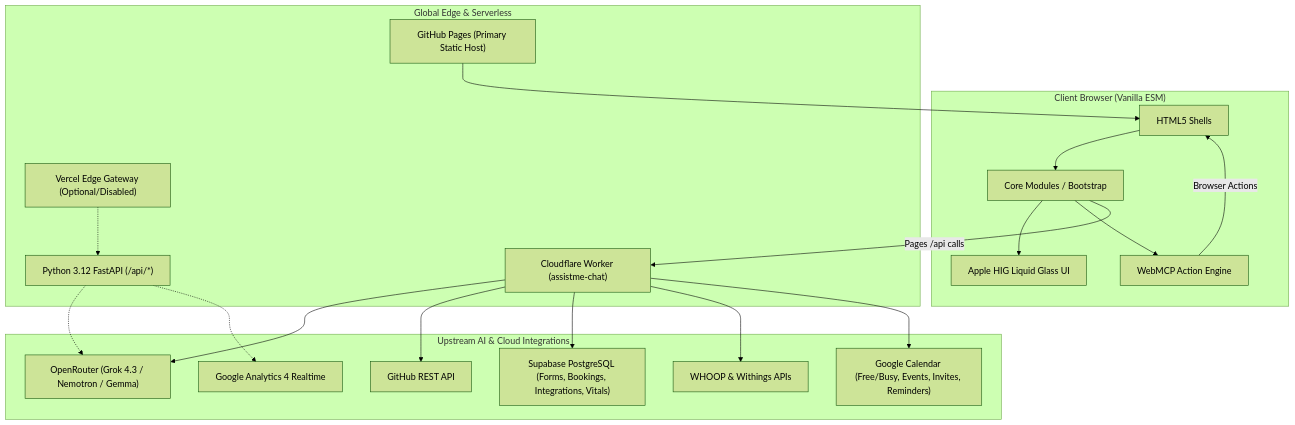
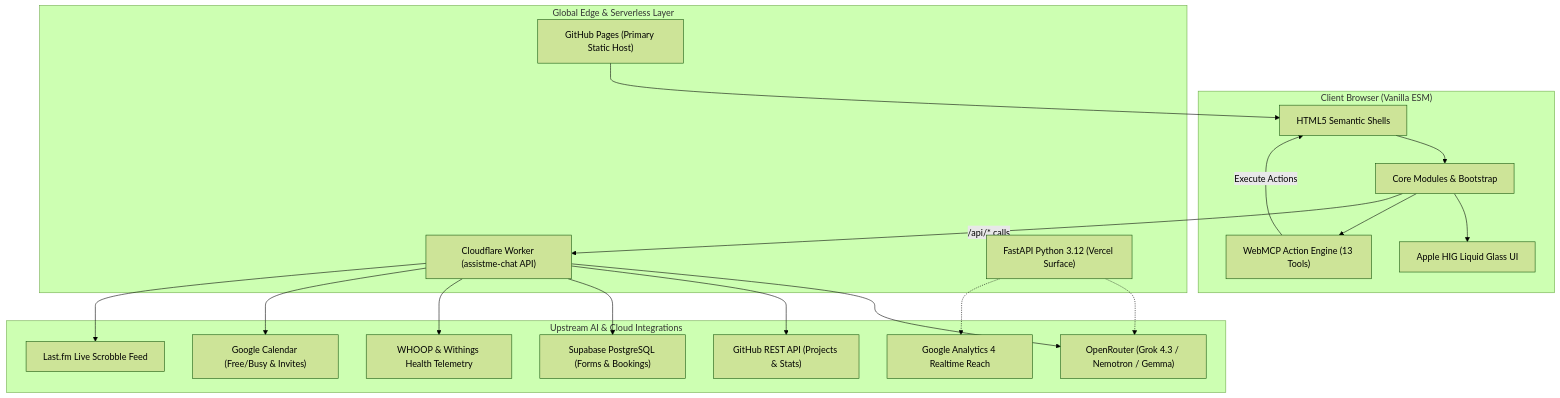
Before and after one commit to mangeshraut712/mangeshrautarchive: the diagram in README.md, drawn with Mermaid (forest theme). The commit also changed other lines of this file, not shown here.

First line of the commit message:
docs(readme): upgrade README with responsive dual-mode showcase, 5 SVG diagrams, and rich tooling matrix

````diff
--- a/README.md
+++ b/README.md
@@ -130,39 +174,39 @@
 ```mermaid
 flowchart TD
   subgraph Client ["Client Browser (Vanilla ESM)"]
-    DOM[HTML5 Shells]
-    JS[Core Modules / Bootstrap]
-    MCP[WebMCP Action Engine]
-    UI[Apple HIG Liquid Glass UI]
+    DOM["HTML5 Semantic Shells"]
+    JS["Core Modules & Bootstrap"]
+    MCP["WebMCP Action Engine (13 Tools)"]
+    UI["Apple HIG Liquid Glass UI"]
   end
 
-  subgraph Edge ["Global Edge & Serverless"]
+  subgraph Edge ["Global Edge & Serverless Layer"]
     Pages["GitHub Pages (Primary Static Host)"]
-    Vercel["Vercel Edge Gateway (Optional/Disabled)"]
-    Worker["Cloudflare Worker (assistme-chat)"]
-    FastAPI["Python 3.12 FastAPI (/api/*)"]
+    Worker["Cloudflare Worker (assistme-chat API)"]
+    FastAPI["FastAPI Python 3.12 (Vercel Surface)"]
   end
 
   subgraph Upstream ["Upstream AI & Cloud Integrations"]
     OR["OpenRouter (Grok 4.3 / Nemotron / Gemma)"]
-    GH["GitHub REST API"]
-    Supa["Supabase PostgreSQL (Forms, Bookings, Integrations, Vitals)"]
-    GCal["Google Calendar (Free/Busy, Events, Invites, Reminders)"]
-    WHOOP["WHOOP & Withings APIs"]
-    GA4["Google Analytics 4 Realtime"]
+    GH["GitHub REST API (Projects & Stats)"]
+    Supa["Supabase PostgreSQL (Forms & Bookings)"]
+    GCal["Google Calendar (Free/Busy & Invites)"]
+    WHOOP["WHOOP & Withings Health Telemetry"]
+    GA4["Google Analytics 4 Realtime Reach"]
+    LFM["Last.fm Live Scrobble Feed"]
   end
 
   DOM --> JS --> UI
   JS --> MCP
-  MCP -->|Browser Actions| DOM
-  JS -->|Pages /api calls| Worker
+  MCP -->|Execute Actions| DOM
+  JS -->|/api/* calls| Worker
   Worker --> OR
   Worker --> GH
   Worker --> Supa
   Worker --> WHOOP
   Worker --> GCal
-  Vercel -.-> FastAPI
+  Worker --> LFM
   FastAPI -.-> OR
   FastAPI -.-> GA4
   Pages --> DOM
 ```
````
